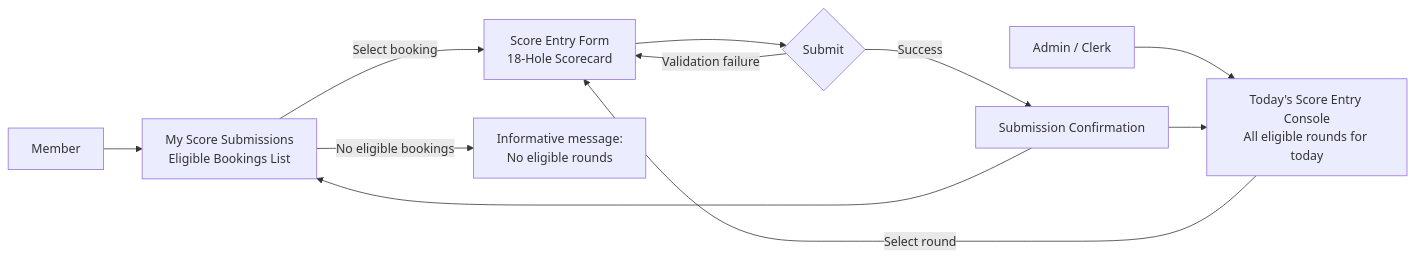
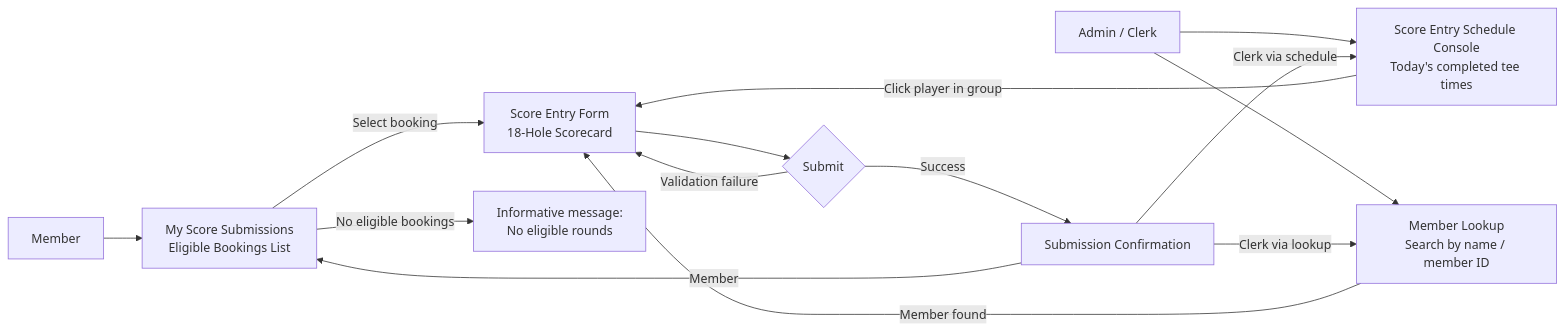
One commit to alwon1/ClubBaist-test changed the diagram in docs/40-domain-player-scores/04-ui-design.md. Above: the diagram before and after it, drawn with Mermaid. The commit also changed other lines of this file and 1 other file, not shown here.

First line of the commit message:
docs: revise clerk UI to schedule view with individual player entry + member lookup

````diff
--- a/docs/40-domain-player-scores/04-ui-design.md
+++ b/docs/40-domain-player-scores/04-ui-design.md
@@ -9,16 +9,20 @@
 ```mermaid
 flowchart LR
     M[Member] --> S1[My Score Submissions\nEligible Bookings List]
-    CL[Admin / Clerk] --> CS[Today's Score Entry Console\nAll eligible rounds for today]
 
-    CS -->|Select round| S2[Score Entry Form\n18-Hole Scorecard]
+    CL[Admin / Clerk] --> CS[Score Entry Schedule Console\nToday's completed tee times]
+    CL --> ML[Member Lookup\nSearch by name / member ID]
+    ML -->|Member found| S2
+
+    CS -->|Click player in group| S2[Score Entry Form\n18-Hole Scorecard]
     S1 -->|No eligible bookings| NA[Informative message:\nNo eligible rounds]
     S1 -->|Select booking| S2
 
     S2 --> SC{Submit}
     SC -->|Validation failure| S2
     SC -->|Success| S3[Submission Confirmation]
 
-    S3 --> S1
-    S3 --> CS
+    S3 -->|Member| S1
+    S3 -->|Clerk via schedule| CS
+    S3 -->|Clerk via lookup| ML
 ```
````
